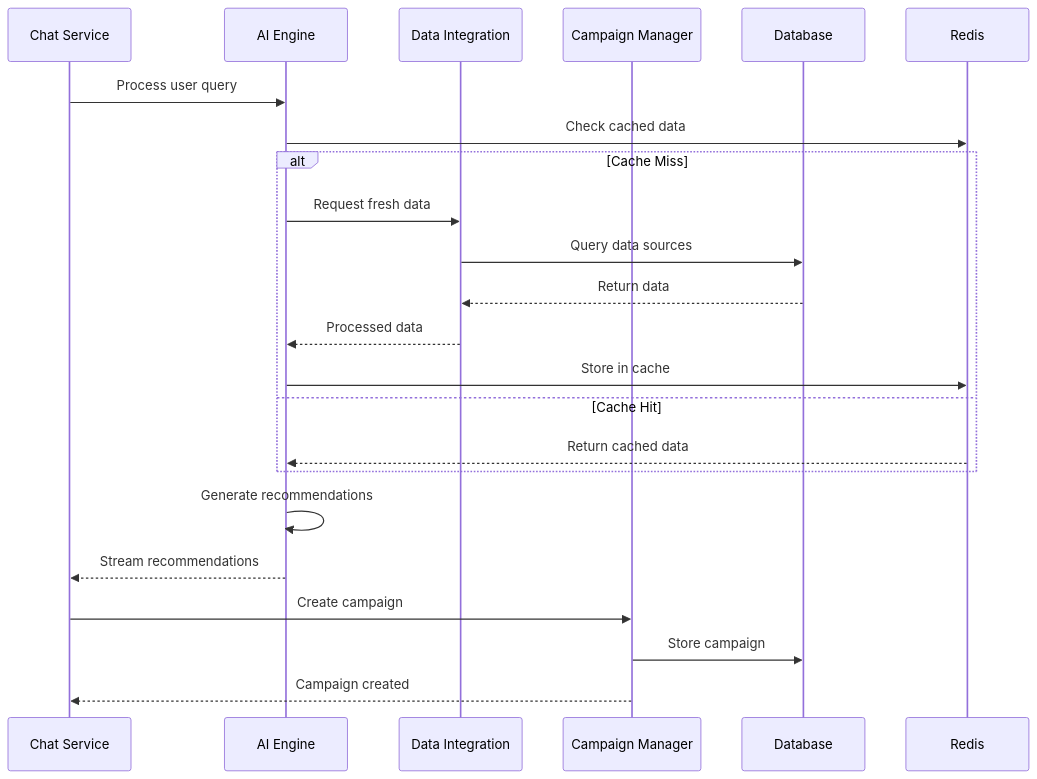
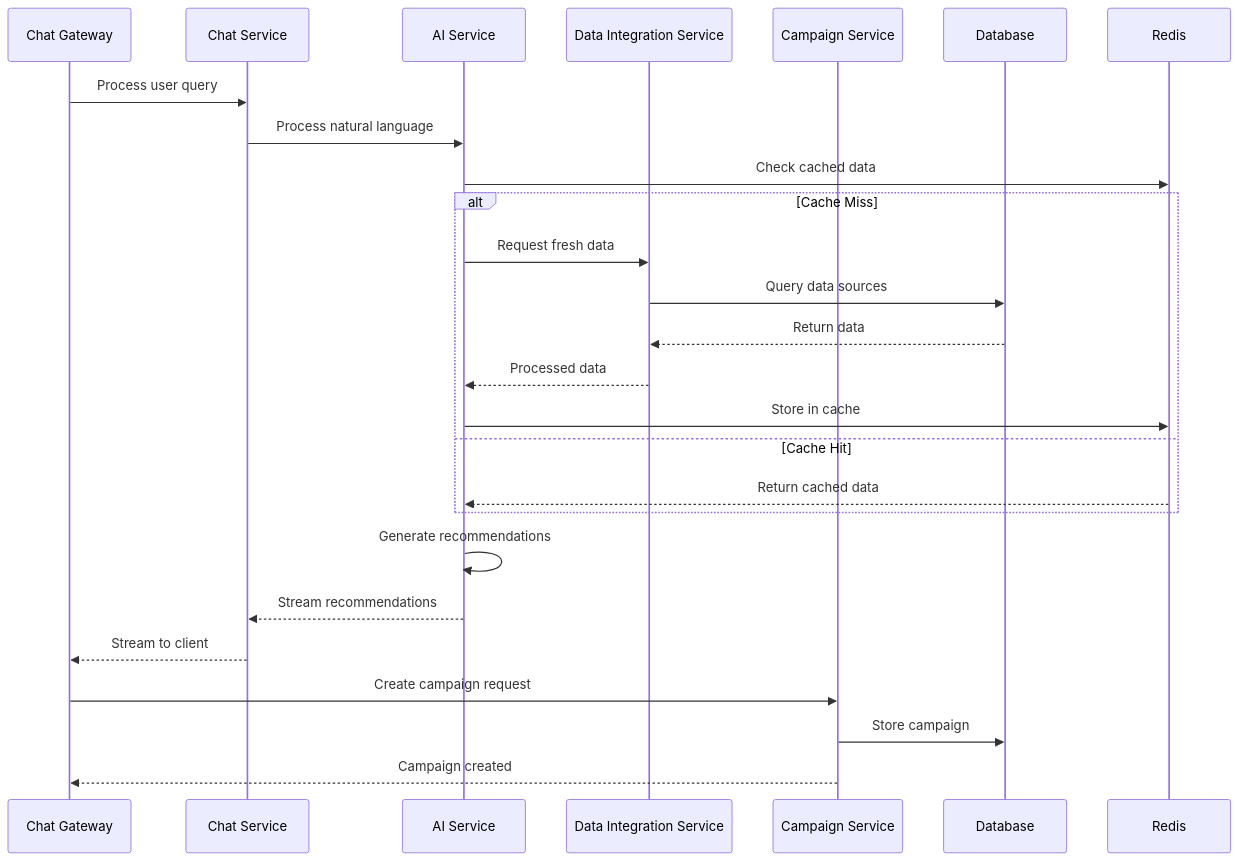
Before and after one commit to sakibrahmanchy/markopolo-ai-fullstack-challenge: the seventh of 9 diagrams in docs/system-design.md, drawn with Mermaid. The commit also changed other lines of this file and 3 other files, not shown here.

````diff
--- a/docs/system-design.md
+++ b/docs/system-design.md
@@ -322,26 +364,29 @@
 ```mermaid
 sequenceDiagram
+    participant CG as Chat Gateway
     participant CS as Chat Service
-    participant AI as AI Engine
-    participant DI as Data Integration
-    participant CM as Campaign Manager
+    participant AI as AI Service
+    participant DI as Data Integration Service
+    participant CM as Campaign Service
     participant DB as Database
     participant Cache as Redis
     
-    CS->>AI: Process user query
+    CG->>CS: Process user query
+    CS->>AI: Process natural language
     AI->>Cache: Check cached data
     alt Cache Miss
         AI->>DI: Request fresh data
         DI->>DB: Query data sources
         DB-->>DI: Return data
         DI-->>AI: Processed data
         AI->>Cache: Store in cache
     else Cache Hit
         Cache-->>AI: Return cached data
     end
     AI->>AI: Generate recommendations
     AI-->>CS: Stream recommendations
-    CS->>CM: Create campaign
+    CS-->>CG: Stream to client
+    CG->>CM: Create campaign request
     CM->>DB: Store campaign
-    CM-->>CS: Campaign created
+    CM-->>CG: Campaign created
 ```
````
